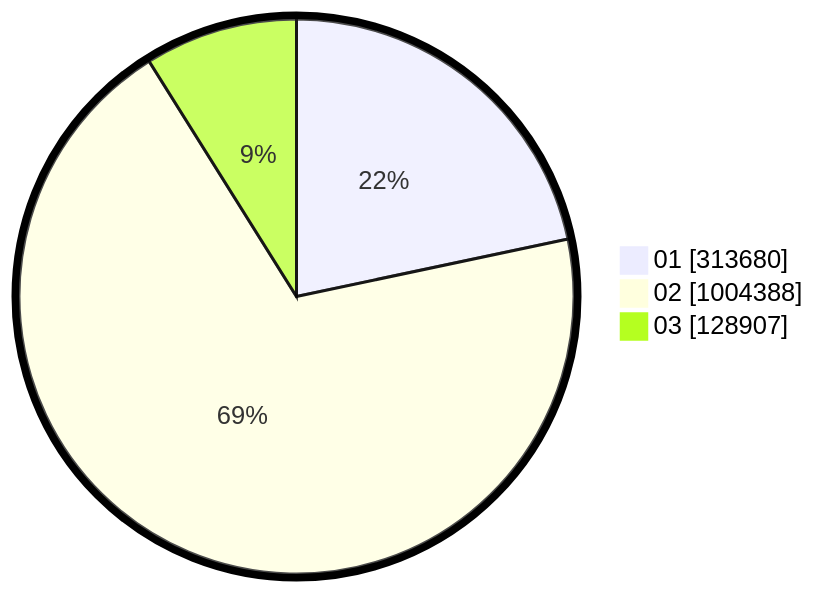
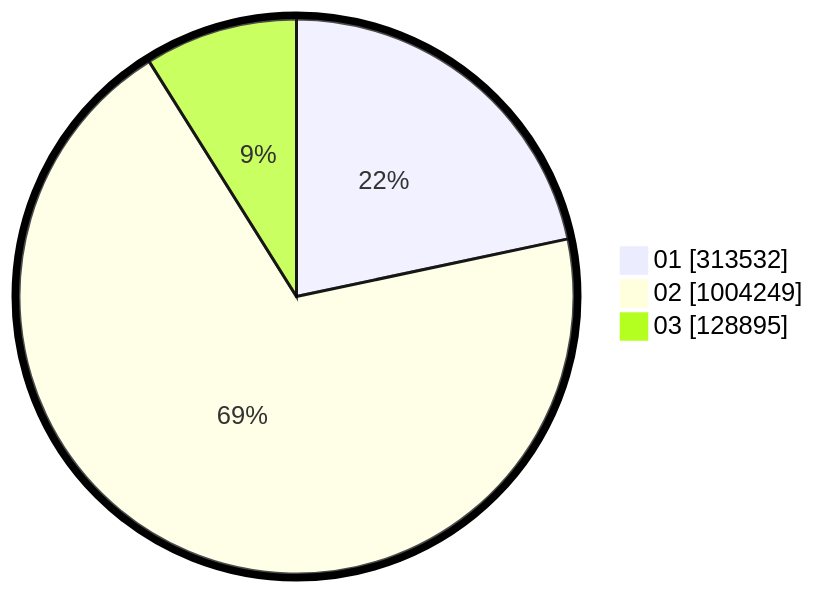
The second of 2 diagrams in pilpres/hitung-suara/sub/table-wilayah-72.md (gigit-pemilu/pemilu-2024), drawn with Mermaid before and after one commit. The commit also changed other lines of this file and 6 other files, not shown here.

````diff
--- a/pilpres/hitung-suara/sub/table-wilayah-72.md
+++ b/pilpres/hitung-suara/sub/table-wilayah-72.md
@@ -15,7 +15,7 @@
 ```mermaid
 %%{init: {"pie": {"textPosition": 0.5}, "themeVariables": {"pieOuterStrokeWidth": "5px"}} }%%
 pie showData
-    "01" : 313680
-    "02" : 1004388
-    "03" : 128907
+    "01" : 313532
+    "02" : 1004249
+    "03" : 128895
 ```
````
